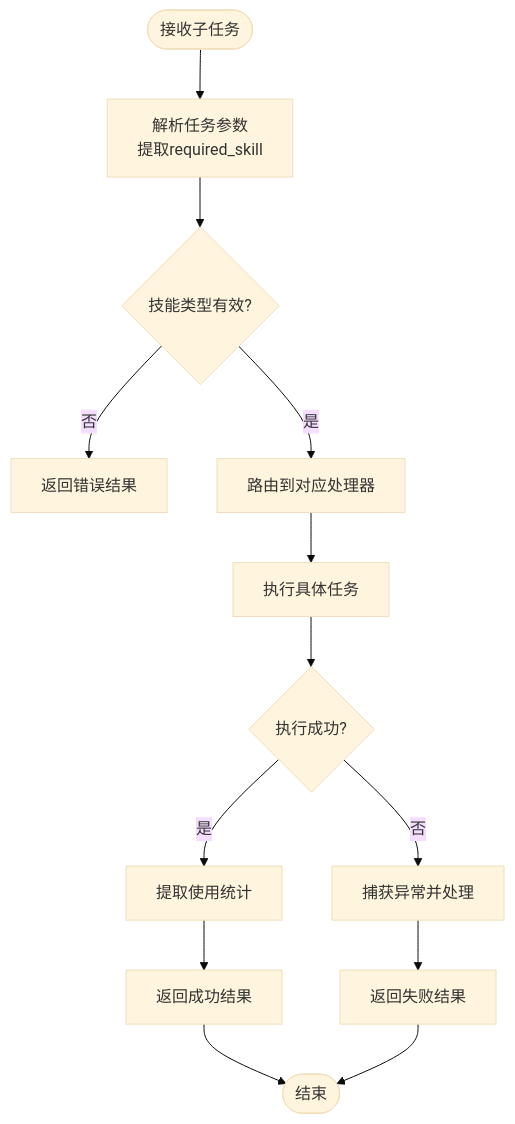
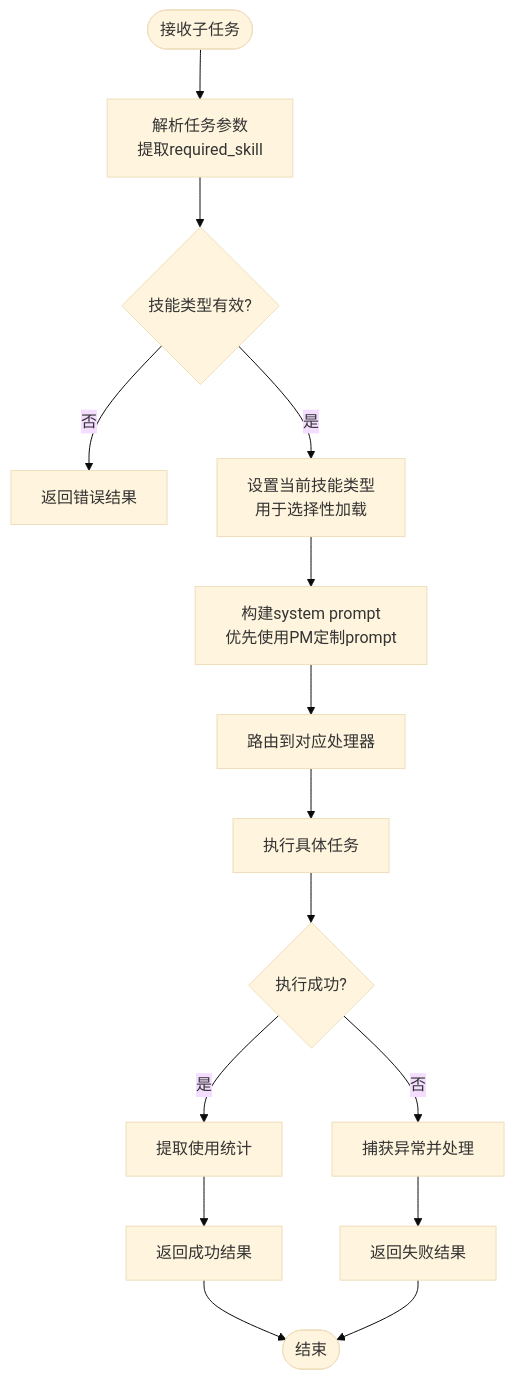
Before and after one commit to targalian/Personal-distributed-workstation: the fourth of 14 diagrams in .qoder/repowiki/zh/content/架构设计/Worker 代理/Agent 能力声明系统/Agent 运行时管理.md, drawn with Mermaid (base theme). The commit also changed other lines of this file and 60 other files, not shown here.

````diff
--- a/.qoder/repowiki/zh/content/架构设计/Worker 代理/Agent 能力声明系统/Agent 运行时管理.md
+++ b/.qoder/repowiki/zh/content/架构设计/Worker 代理/Agent 能力声明系统/Agent 运行时管理.md
@@ -183,15 +218,17 @@
 ```mermaid
 flowchart TD
 Start([接收子任务]) --> Parse["解析任务参数<br/>提取required_skill"]
 Parse --> Validate{"技能类型有效?"}
 Validate --> |否| ReturnError["返回错误结果"]
-Validate --> |是| Route["路由到对应处理器"]
+Validate --> |是| SetSkill["设置当前技能类型<br/>用于选择性加载"]
+SetSkill --> BuildPrompt["构建system prompt<br/>优先使用PM定制prompt"]
+BuildPrompt --> Route["路由到对应处理器"]
 Route --> Execute["执行具体任务"]
 Execute --> Success{"执行成功?"}
 Success --> |是| ExtractUsage["提取使用统计"]
 Success --> |否| HandleError["捕获异常并处理"]
 ExtractUsage --> ReturnSuccess["返回成功结果"]
 HandleError --> ReturnFailed["返回失败结果"]
 ReturnSuccess --> End([结束])
 ReturnFailed --> End
 ```
````
